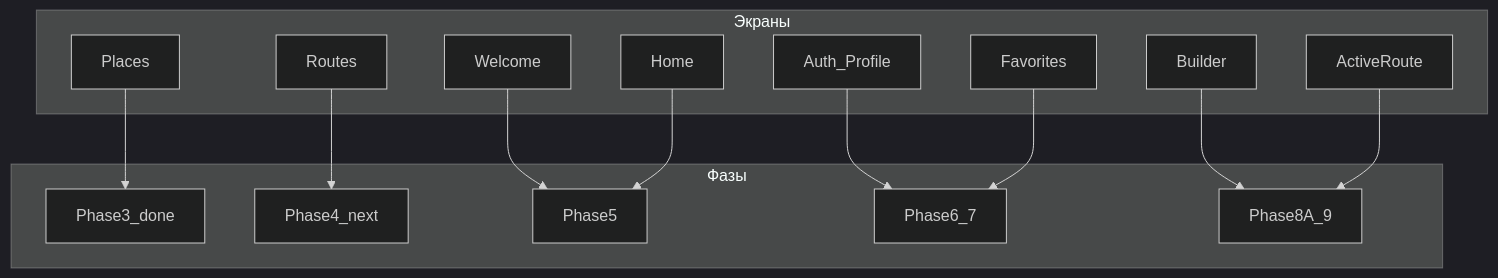
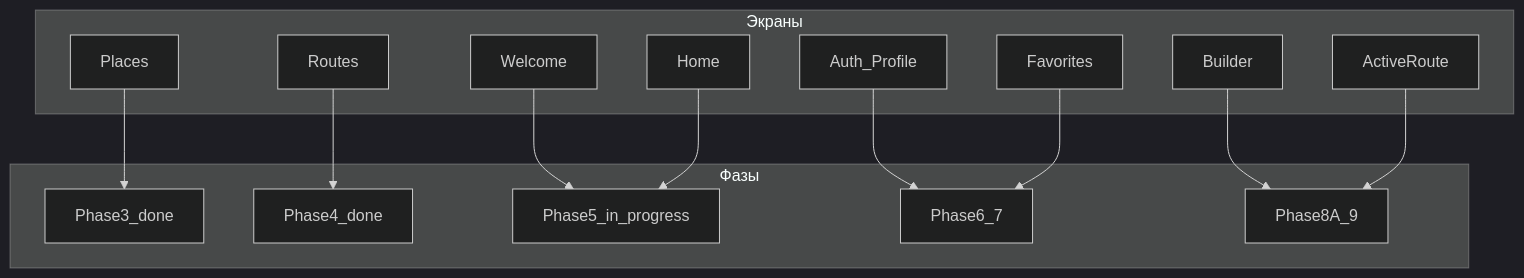
One commit to xotabeach/tourism-platform changed the fourth of 5 diagrams in docs/diagrams/phase-and-screens-map.md. Above: the diagram before and after it, drawn with Mermaid (dark theme). The commit also changed other lines of this file and 3 other files, not shown here.

````diff
--- a/docs/diagrams/phase-and-screens-map.md
+++ b/docs/diagrams/phase-and-screens-map.md
@@ -140,30 +139,30 @@
 ```mermaid
 flowchart TB
   subgraph screens [Экраны]
     S_welcome[Welcome]
     S_home[Home]
     S_places[Places]
     S_routes[Routes]
     S_auth[Auth_Profile]
     S_fav[Favorites]
     S_builder[Builder]
     S_run[ActiveRoute]
   end
 
   subgraph phases [Фазы]
     Ph3[Phase3_done]
-    Ph4[Phase4_next]
-    Ph5[Phase5]
+    Ph4[Phase4_done]
+    Ph5[Phase5_in_progress]
     Ph6_7[Phase6_7]
     Ph8_9[Phase8A_9]
   end
 
   S_places --> Ph3
   S_routes --> Ph4
   S_welcome --> Ph5
   S_home --> Ph5
   S_auth --> Ph6_7
   S_fav --> Ph6_7
   S_builder --> Ph8_9
   S_run --> Ph8_9
 ```
````
